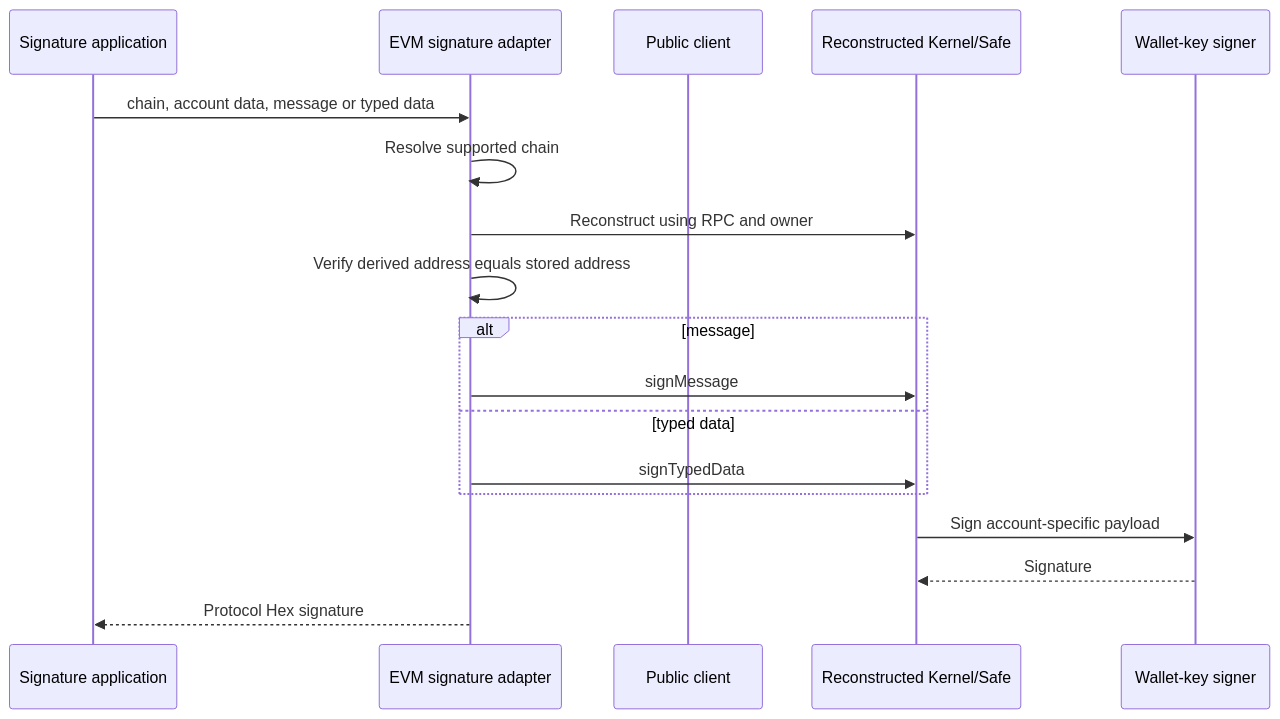
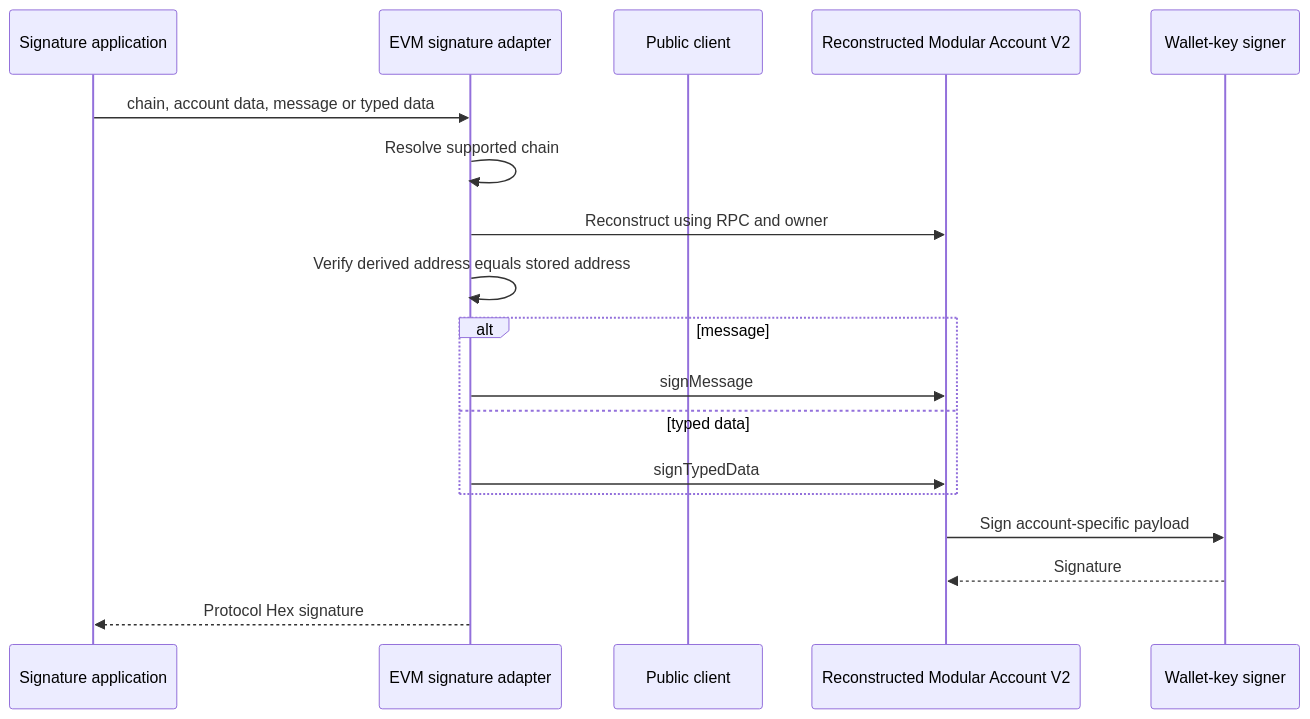
Before and after one commit to thenamespace/namera: the diagram in architecture/evm/signatures.md, drawn with Mermaid. The commit also changed 79 other files, not shown here.

````diff
--- a/architecture/evm/signatures.md
+++ b/architecture/evm/signatures.md
@@ -16,20 +16,20 @@
 ```mermaid
 sequenceDiagram
   participant App as Signature application
   participant EVM as EVM signature adapter
   participant RPC as Public client
-  participant Account as Reconstructed Kernel/Safe
+  participant Account as Reconstructed Modular Account V2
   participant Owner as Wallet-key signer
   App->>EVM: chain, account data, message or typed data
   EVM->>EVM: Resolve supported chain
   EVM->>Account: Reconstruct using RPC and owner
   EVM->>EVM: Verify derived address equals stored address
   alt message
     EVM->>Account: signMessage
   else typed data
     EVM->>Account: signTypedData
   end
   Account->>Owner: Sign account-specific payload
   Owner-->>Account: Signature
   EVM-->>App: Protocol Hex signature
 ```
````
